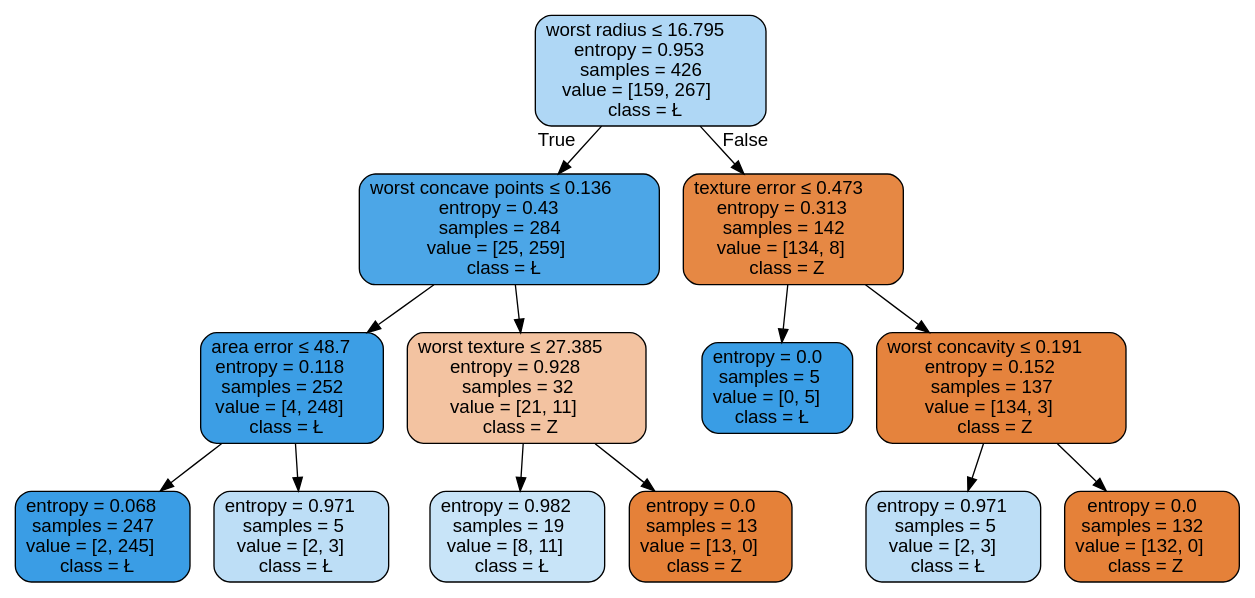
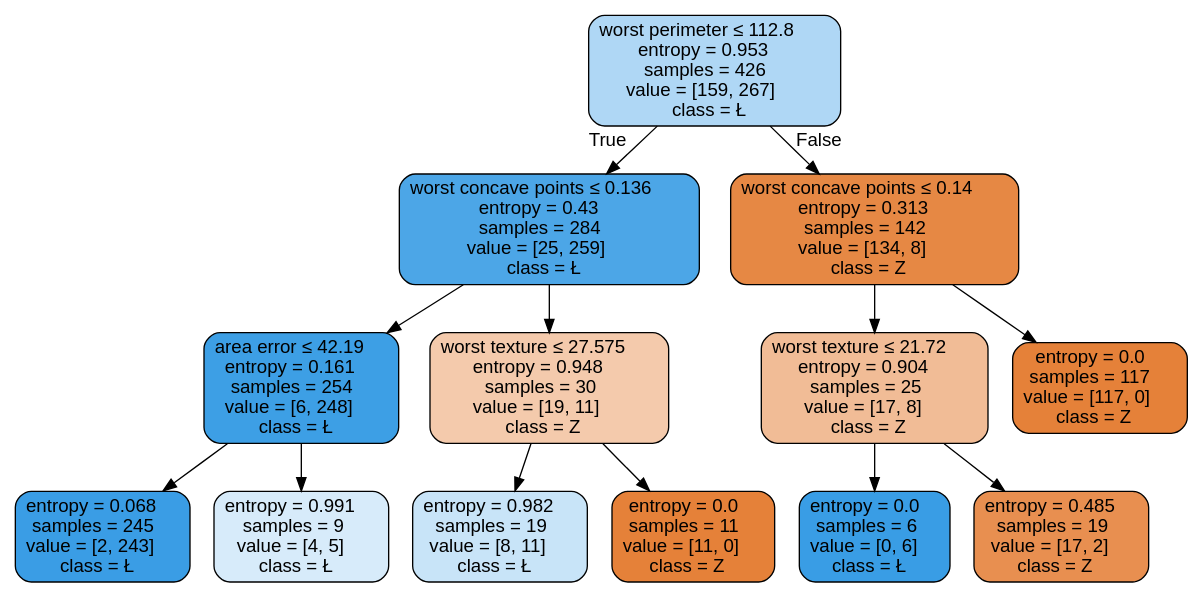
One commit to QuantumDamage/Wystartuj-z-Data-Science-w-Pythonie changed the diagram in nowotwor/output/drzewo.dot. Above: the diagram before and after it, drawn with Graphviz. The commit also changed 6 other files, not shown here.

```diff
--- a/nowotwor/output/drzewo.dot
+++ b/nowotwor/output/drzewo.dot
@@ -1,29 +1,29 @@
 digraph Tree {
 node [shape=box, style="filled, rounded", color="black", fontname=helvetica] ;
 edge [fontname=helvetica] ;
-0 [label=<worst radius &le; 16.795<br/>entropy = 0.953<br/>samples = 426<br/>value = [159, 267]<br/>class = Ł>, fillcolor="#399de567"] ;
+0 [label=<worst perimeter &le; 112.8<br/>entropy = 0.953<br/>samples = 426<br/>value = [159, 267]<br/>class = Ł>, fillcolor="#399de567"] ;
 1 [label=<worst concave points &le; 0.136<br/>entropy = 0.43<br/>samples = 284<br/>value = [25, 259]<br/>class = Ł>, fillcolor="#399de5e6"] ;
 0 -> 1 [labeldistance=2.5, labelangle=45, headlabel="True"] ;
-2 [label=<area error &le; 48.7<br/>entropy = 0.118<br/>samples = 252<br/>value = [4, 248]<br/>class = Ł>, fillcolor="#399de5fb"] ;
+2 [label=<area error &le; 42.19<br/>entropy = 0.161<br/>samples = 254<br/>value = [6, 248]<br/>class = Ł>, fillcolor="#399de5f9"] ;
 1 -> 2 ;
-3 [label=<entropy = 0.068<br/>samples = 247<br/>value = [2, 245]<br/>class = Ł>, fillcolor="#399de5fd"] ;
+3 [label=<entropy = 0.068<br/>samples = 245<br/>value = [2, 243]<br/>class = Ł>, fillcolor="#399de5fd"] ;
 2 -> 3 ;
-4 [label=<entropy = 0.971<br/>samples = 5<br/>value = [2, 3]<br/>class = Ł>, fillcolor="#399de555"] ;
+4 [label=<entropy = 0.991<br/>samples = 9<br/>value = [4, 5]<br/>class = Ł>, fillcolor="#399de533"] ;
 2 -> 4 ;
-5 [label=<worst texture &le; 27.385<br/>entropy = 0.928<br/>samples = 32<br/>value = [21, 11]<br/>class = Z>, fillcolor="#e5813979"] ;
+5 [label=<worst texture &le; 27.575<br/>entropy = 0.948<br/>samples = 30<br/>value = [19, 11]<br/>class = Z>, fillcolor="#e581396b"] ;
 1 -> 5 ;
 6 [label=<entropy = 0.982<br/>samples = 19<br/>value = [8, 11]<br/>class = Ł>, fillcolor="#399de546"] ;
 5 -> 6 ;
-7 [label=<entropy = 0.0<br/>samples = 13<br/>value = [13, 0]<br/>class = Z>, fillcolor="#e58139ff"] ;
+7 [label=<entropy = 0.0<br/>samples = 11<br/>value = [11, 0]<br/>class = Z>, fillcolor="#e58139ff"] ;
 5 -> 7 ;
-8 [label=<texture error &le; 0.473<br/>entropy = 0.313<br/>samples = 142<br/>value = [134, 8]<br/>class = Z>, fillcolor="#e58139f0"] ;
+8 [label=<worst concave points &le; 0.14<br/>entropy = 0.313<br/>samples = 142<br/>value = [134, 8]<br/>class = Z>, fillcolor="#e58139f0"] ;
 0 -> 8 [labeldistance=2.5, labelangle=-45, headlabel="False"] ;
-9 [label=<entropy = 0.0<br/>samples = 5<br/>value = [0, 5]<br/>class = Ł>, fillcolor="#399de5ff"] ;
+9 [label=<worst texture &le; 21.72<br/>entropy = 0.904<br/>samples = 25<br/>value = [17, 8]<br/>class = Z>, fillcolor="#e5813987"] ;
 8 -> 9 ;
-10 [label=<worst concavity &le; 0.191<br/>entropy = 0.152<br/>samples = 137<br/>value = [134, 3]<br/>class = Z>, fillcolor="#e58139f9"] ;
-8 -> 10 ;
-11 [label=<entropy = 0.971<br/>samples = 5<br/>value = [2, 3]<br/>class = Ł>, fillcolor="#399de555"] ;
-10 -> 11 ;
-12 [label=<entropy = 0.0<br/>samples = 132<br/>value = [132, 0]<br/>class = Z>, fillcolor="#e58139ff"] ;
-10 -> 12 ;
+10 [label=<entropy = 0.0<br/>samples = 6<br/>value = [0, 6]<br/>class = Ł>, fillcolor="#399de5ff"] ;
+9 -> 10 ;
+11 [label=<entropy = 0.485<br/>samples = 19<br/>value = [17, 2]<br/>class = Z>, fillcolor="#e58139e1"] ;
+9 -> 11 ;
+12 [label=<entropy = 0.0<br/>samples = 117<br/>value = [117, 0]<br/>class = Z>, fillcolor="#e58139ff"] ;
+8 -> 12 ;
 }
```
